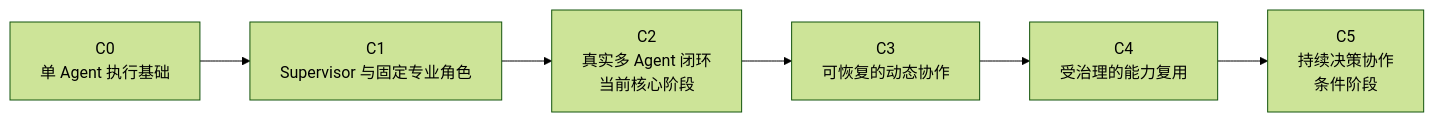
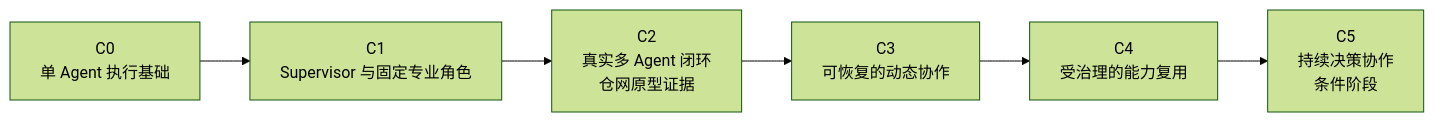
One commit to JO-WTF/open-web-codex changed the first of 2 diagrams in docs/multi-agent-collaboration-evolution.md. Above: the diagram before and after it, drawn with Mermaid (forest theme). The commit also changed other lines of this file and 306 other files, not shown here.

````diff
--- a/docs/multi-agent-collaboration-evolution.md
+++ b/docs/multi-agent-collaboration-evolution.md
@@ -28,11 +31,11 @@
 ```mermaid
 flowchart LR
     C0["C0<br/>单 Agent 执行基础"]
     C1["C1<br/>Supervisor 与固定专业角色"]
-    C2["C2<br/>真实多 Agent 闭环<br/>当前核心阶段"]
+    C2["C2<br/>真实多 Agent 闭环<br/>仓网原型证据"]
     C3["C3<br/>可恢复的动态协作"]
     C4["C4<br/>受治理的能力复用"]
     C5["C5<br/>持续决策协作<br/>条件阶段"]
 
     C0 --> C1 --> C2 --> C3 --> C4 --> C5
 ```
````
